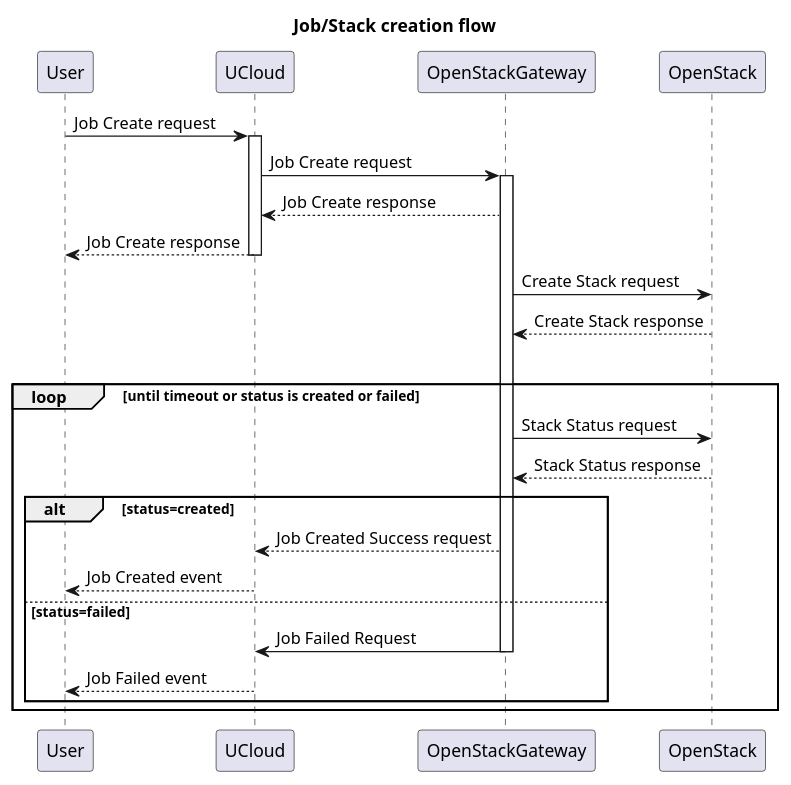
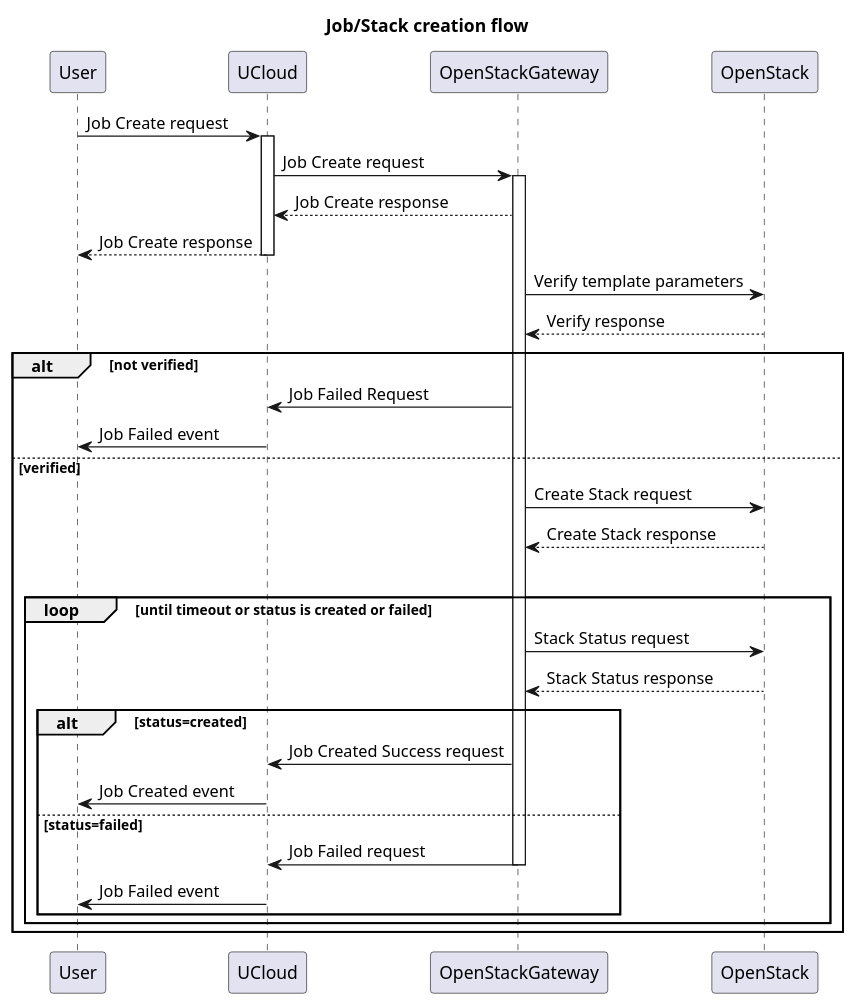
One commit to aau-claaudia/OpenStackGateway changed the diagram in docs/diagrams/create-stack-sequence.iuml. Above: the diagram before and after it, drawn with PlantUML. The commit also changed 1 other file, not shown here.

Commit message:
create sequence

```diff
--- a/docs/diagrams/create-stack-sequence.iuml
+++ b/docs/diagrams/create-stack-sequence.iuml
@@ -1,26 +1,33 @@
 @startuml
 title Job/Stack creation flow
 participant "User" as user
 participant "UCloud" as ucloud
 participant "OpenStackGateway" as osg
 participant "OpenStack" as openstack
 
 user -> ucloud++: Job Create request
 ucloud -> osg++: Job Create request
 osg --> ucloud: Job Create response
 ucloud --> user--: Job Create response
+osg -> openstack: Verify template parameters
+openstack --> osg: Verify response
+alt not verified
+osg -> ucloud: Job Failed Request
+ucloud -> user: Job Failed event
+else verified
 osg -> openstack: Create Stack request
 openstack --> osg: Create Stack response
 |||
 loop until timeout or status is created or failed
 osg -> openstack: Stack Status request
 openstack --> osg: Stack Status response
 alt status=created
-osg --> ucloud: Job Created Success request
-ucloud --> user: Job Created event
+osg -> ucloud: Job Created Success request
+ucloud -> user: Job Created event
 else status=failed
-osg -> ucloud--: Job Failed Request
-ucloud --> user: Job Failed event
+osg -> ucloud--: Job Failed request
+ucloud -> user: Job Failed event
+end
 end
 end
 @enduml
```
